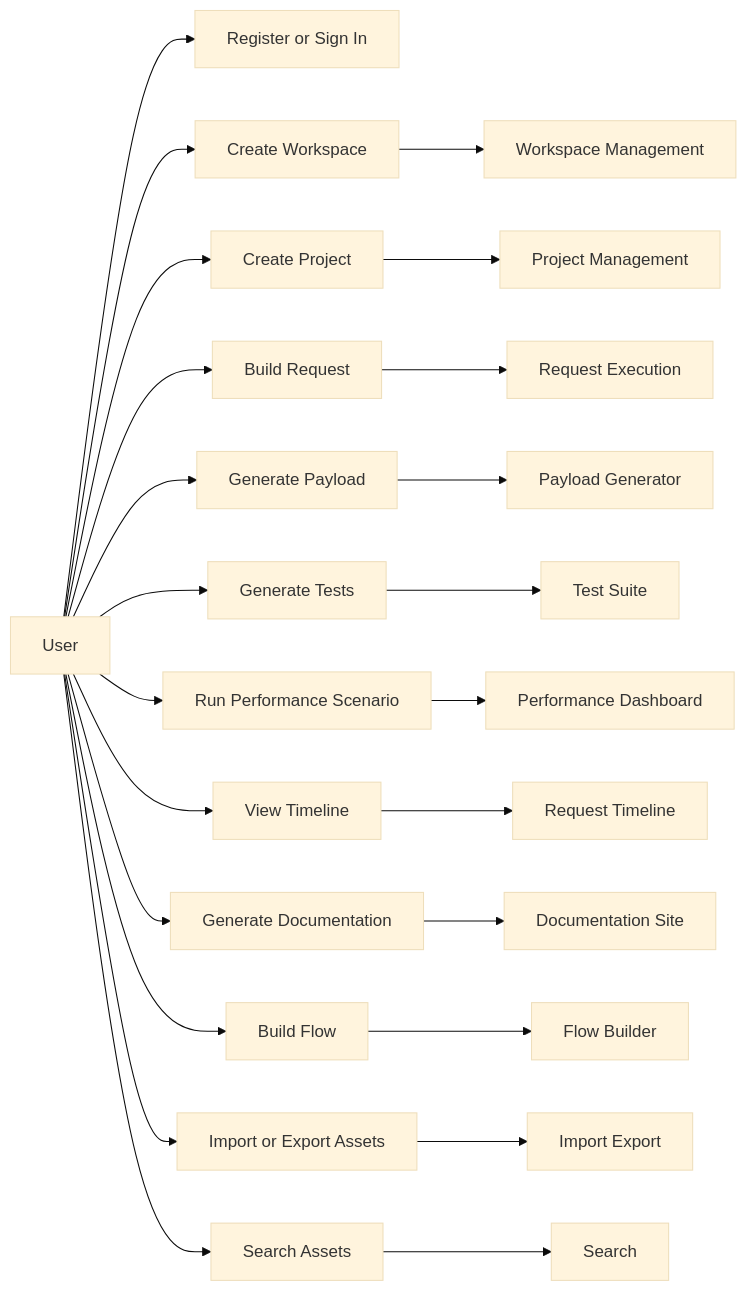
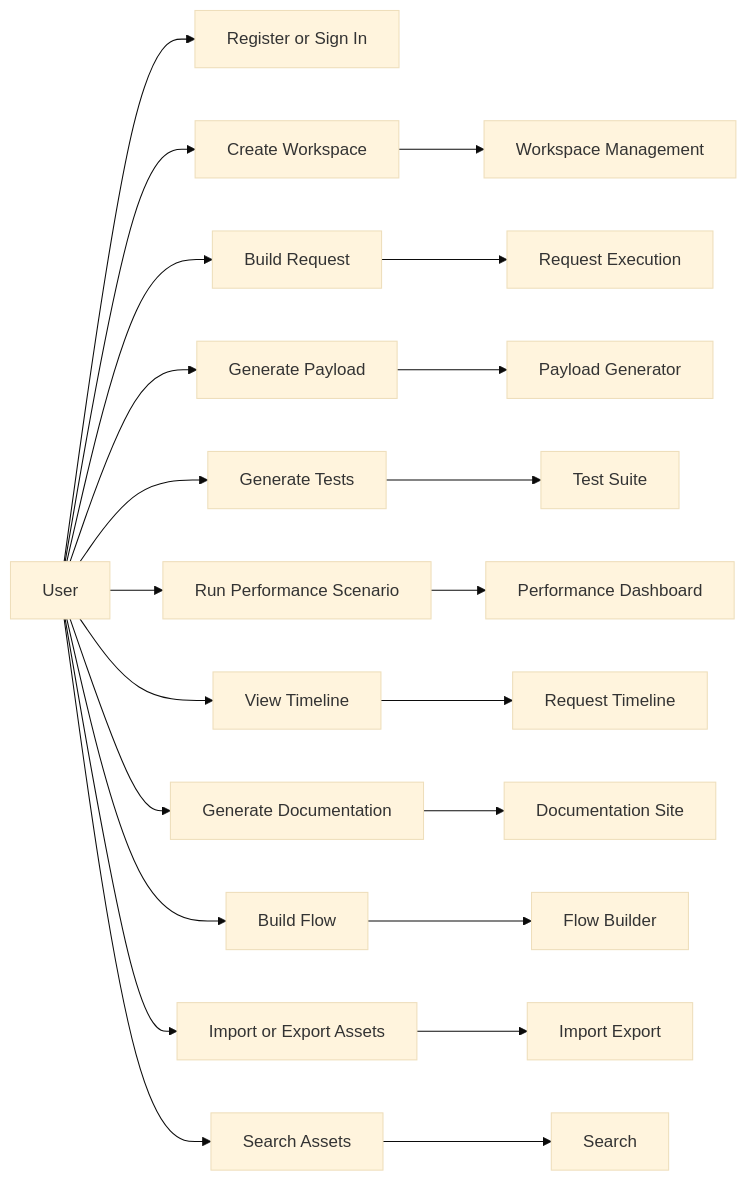
One commit to dhuy00/api-dev-tool changed the diagram in docs/04-use-cases/use-case-diagram.md. Above: the diagram before and after it, drawn with Mermaid (base theme). The commit also changed 31 other files, not shown here.

````diff
--- a/docs/04-use-cases/use-case-diagram.md
+++ b/docs/04-use-cases/use-case-diagram.md
@@ -7,27 +7,25 @@
 ```mermaid
 flowchart LR
     U[User] --> A[Register or Sign In]
     U --> B[Create Workspace]
-    U --> C[Create Project]
-    U --> D[Build Request]
-    U --> E[Generate Payload]
-    U --> F[Generate Tests]
-    U --> G[Run Performance Scenario]
-    U --> H[View Timeline]
-    U --> I[Generate Documentation]
-    U --> J[Build Flow]
-    U --> K[Import or Export Assets]
-    U --> L[Search Assets]
+    U --> C[Build Request]
+    U --> D[Generate Payload]
+    U --> E[Generate Tests]
+    U --> F[Run Performance Scenario]
+    U --> G[View Timeline]
+    U --> H[Generate Documentation]
+    U --> I[Build Flow]
+    U --> J[Import or Export Assets]
+    U --> K[Search Assets]
 
     B --> W[Workspace Management]
-    C --> P[Project Management]
-    D --> R[Request Execution]
-    E --> G1[Payload Generator]
-    F --> T[Test Suite]
-    G --> PERF[Performance Dashboard]
-    H --> TIMELINE[Request Timeline]
-    I --> DOC[Documentation Site]
-    J --> FLOW[Flow Builder]
-    K --> IEX[Import Export]
-    L --> SEARCH[Search]
+    C --> R[Request Execution]
+    D --> G1[Payload Generator]
+    E --> T[Test Suite]
+    F --> PERF[Performance Dashboard]
+    G --> TIMELINE[Request Timeline]
+    H --> DOC[Documentation Site]
+    I --> FLOW[Flow Builder]
+    J --> IEX[Import Export]
+    K --> SEARCH[Search]
 ```
````
